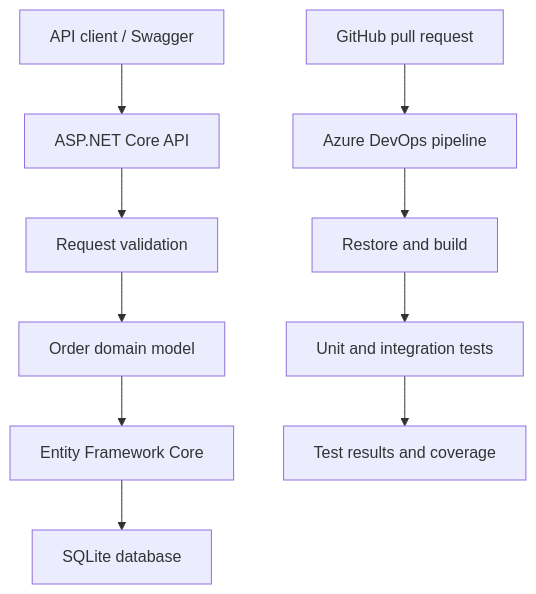
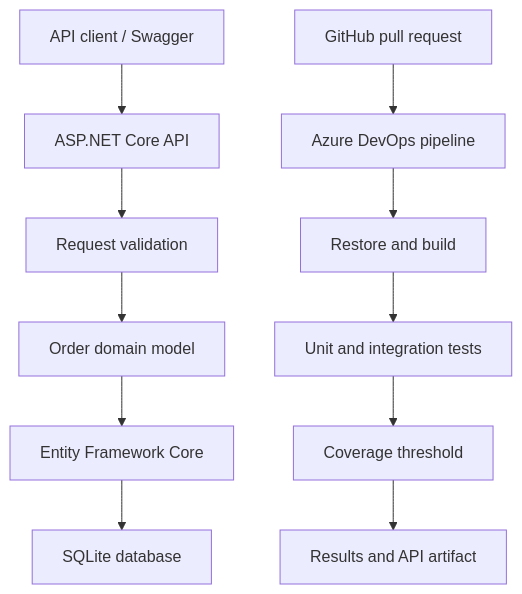
One commit to kemalyasintha/qualitygatelab-continuous-testing changed the first of 2 diagrams in README.md. Above: the diagram before and after it, drawn with Mermaid. The commit also changed other lines of this file and 8 other files, not shown here.

````diff
--- a/README.md
+++ b/README.md
@@ -26,13 +28,14 @@
 ```mermaid
 flowchart TD
     Client["API client / Swagger"] --> API["ASP.NET Core API"]
     API --> Validation["Request validation"]
     Validation --> Domain["Order domain model"]
     Domain --> EF["Entity Framework Core"]
     EF --> DB["SQLite database"]
 
     GitHub["GitHub pull request"] --> Pipeline["Azure DevOps pipeline"]
     Pipeline --> Build["Restore and build"]
     Build --> Tests["Unit and integration tests"]
-    Tests --> Results["Test results and coverage"]
+    Tests --> Gate["Coverage threshold"]
+    Gate --> Results["Results and API artifact"]
 ```
````
